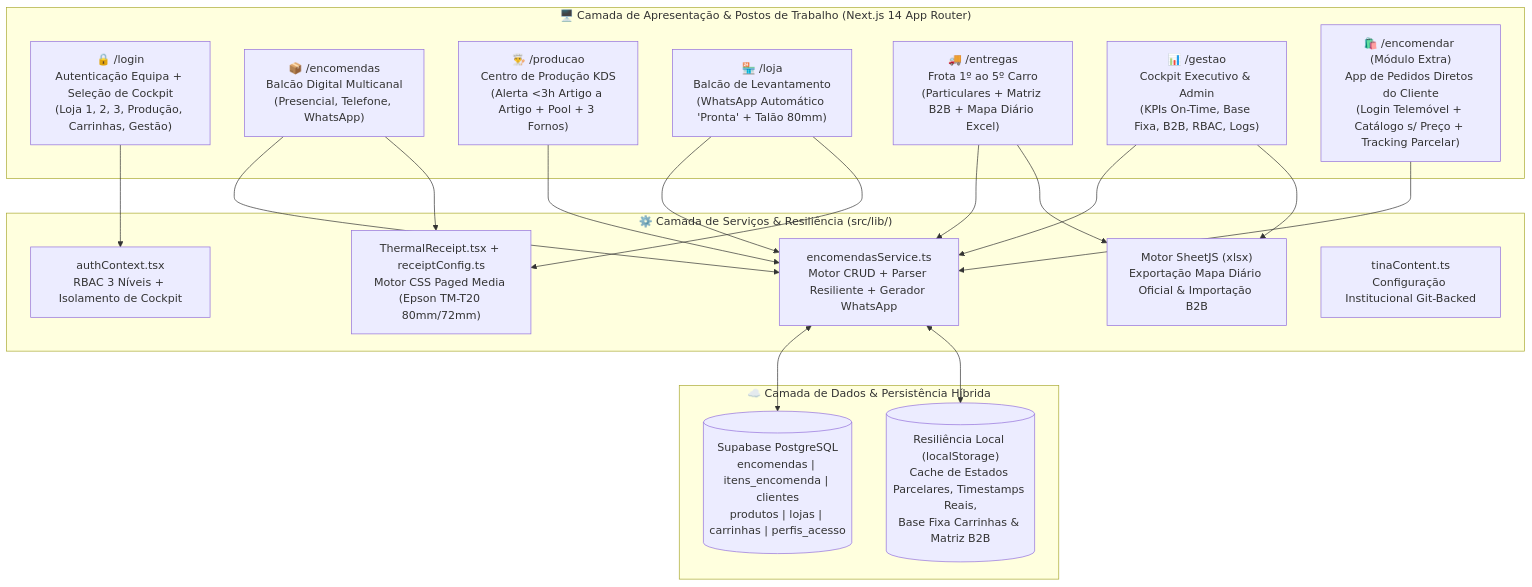
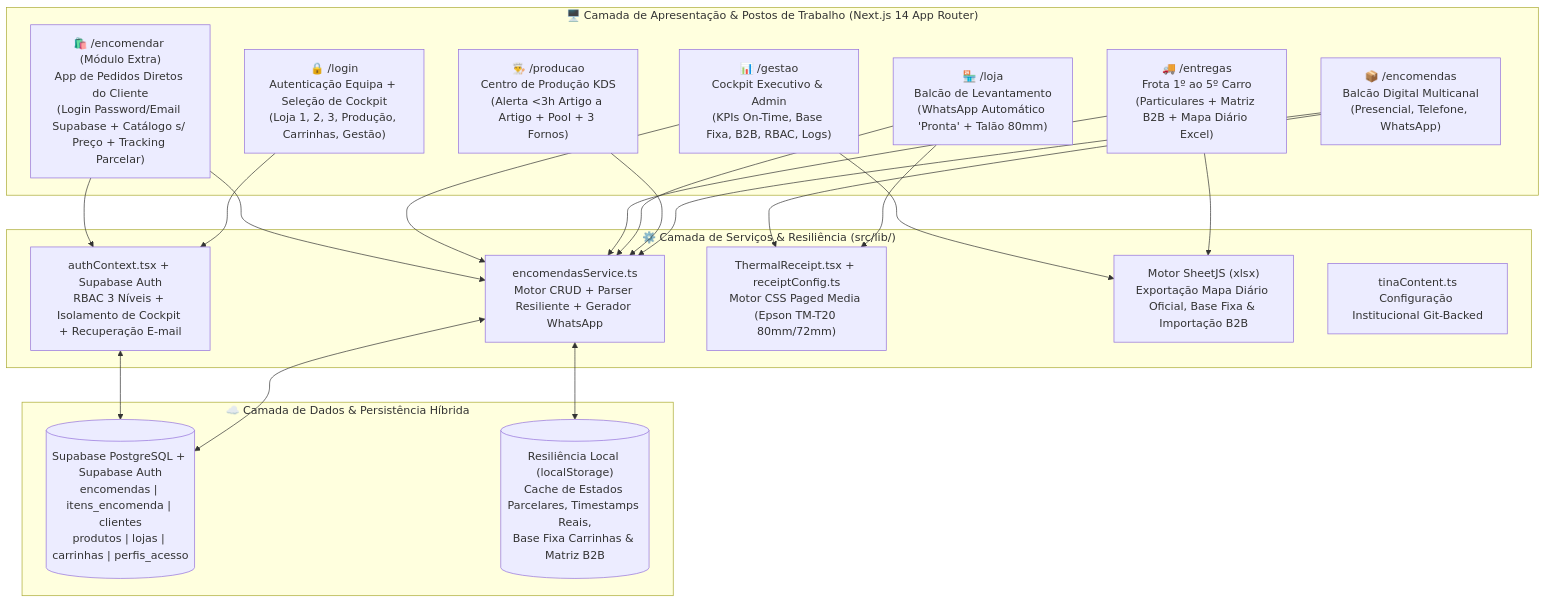
One commit to lfcarreiras/App-Padaria changed the first of 2 diagrams in docs/01_Dossier_Tecnico_e_Evolucao_Arquitetural.md. Above: the diagram before and after it, drawn with Mermaid. The commit also changed other lines of this file and 11 other files, not shown here.

Commit message:
docs(v2.1.3): sync living documentation and 6 client PDFs with Supabase Auth email recovery and Base Fixa Excel

````diff
--- a/docs/01_Dossier_Tecnico_e_Evolucao_Arquitetural.md
+++ b/docs/01_Dossier_Tecnico_e_Evolucao_Arquitetural.md
@@ -28,41 +28,43 @@
 ```mermaid
 flowchart TB
     subgraph ClientLayer ["🖥️ Camada de Apresentação & Postos de Trabalho (Next.js 14 App Router)"]
         LoginEquipa["🔒 /login\nAutenticação Equipa + Seleção de Cockpit\n(Loja 1, 2, 3, Produção, Carrinhas, Gestão)"]
         Balcao["📦 /encomendas\nBalcão Digital Multicanal\n(Presencial, Telefone, WhatsApp)"]
         Producao["👨‍🍳 /producao\nCentro de Produção KDS\n(Alerta <3h Artigo a Artigo + Pool + 3 Fornos)"]
         ExpedicaoLoja["🏪 /loja\nBalcão de Levantamento\n(WhatsApp Automático 'Pronta' + Talão 80mm)"]
         Logistica["🚚 /entregas\nFrota 1º ao 5º Carro\n(Particulares + Matriz B2B + Mapa Diário Excel)"]
         CockpitGestao["📊 /gestao\nCockpit Executivo & Admin\n(KPIs On-Time, Base Fixa, B2B, RBAC, Logs)"]
-        PortalCliente["🛍️ /encomendar (Módulo Extra)\nApp de Pedidos Diretos do Cliente\n(Login Telemóvel + Catálogo s/ Preço + Tracking Parcelar)"]
+        PortalCliente["🛍️ /encomendar (Módulo Extra)\nApp de Pedidos Diretos do Cliente\n(Login Password/Email Supabase + Catálogo s/ Preço + Tracking Parcelar)"]
     end
 
     subgraph ServiceLayer ["⚙️ Camada de Serviços & Resiliência (src/lib/)"]
         EncService["encomendasService.ts\nMotor CRUD + Parser Resiliente + Gerador WhatsApp"]
-        AuthCtx["authContext.tsx\nRBAC 3 Níveis + Isolamento de Cockpit"]
+        AuthCtx["authContext.tsx + Supabase Auth\nRBAC 3 Níveis + Isolamento de Cockpit + Recuperação E-mail"]
         ThermalEngine["ThermalReceipt.tsx + receiptConfig.ts\nMotor CSS Paged Media (Epson TM-T20 80mm/72mm)"]
-        ExcelEngine["Motor SheetJS (xlsx)\nExportação Mapa Diário Oficial & Importação B2B"]
+        ExcelEngine["Motor SheetJS (xlsx)\nExportação Mapa Diário Oficial, Base Fixa & Importação B2B"]
         TinaLayer["tinaContent.ts\nConfiguração Institucional Git-Backed"]
     end
 
     subgraph DataLayer ["☁️ Camada de Dados & Persistência Híbrida"]
-        SupabaseDB[("Supabase PostgreSQL\nencomendas | itens_encomenda | clientes\nprodutos | lojas | carrinhas | perfis_acesso")]
+        SupabaseDB[("Supabase PostgreSQL + Supabase Auth\nencomendas | itens_encomenda | clientes\nprodutos | lojas | carrinhas | perfis_acesso")]
         LocalFallback[("Resiliência Local (localStorage)\nCache de Estados Parcelares, Timestamps Reais,\nBase Fixa Carrinhas & Matriz B2B")]
     end
 
     LoginEquipa --> AuthCtx
     Balcao --> EncService
     Producao --> EncService
     ExpedicaoLoja --> EncService
     Logistica --> EncService
     CockpitGestao --> EncService
     PortalCliente --> EncService
+    PortalCliente --> AuthCtx
 
     ExpedicaoLoja --> ThermalEngine
     Balcao --> ThermalEngine
     Logistica --> ExcelEngine
     CockpitGestao --> ExcelEngine
 
     EncService <--> SupabaseDB
     EncService <--> LocalFallback
+    AuthCtx <--> SupabaseDB
 ```
````
